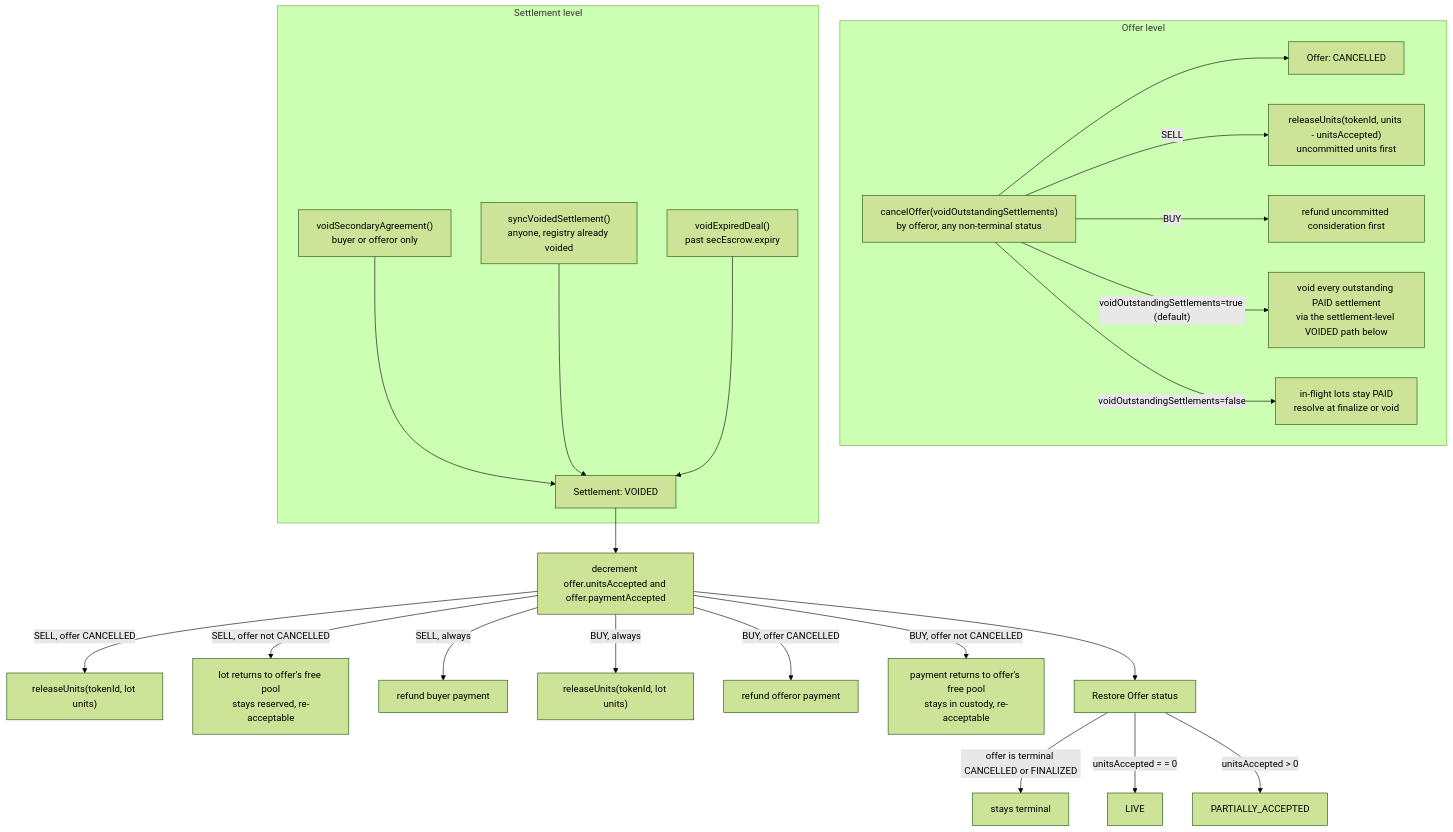
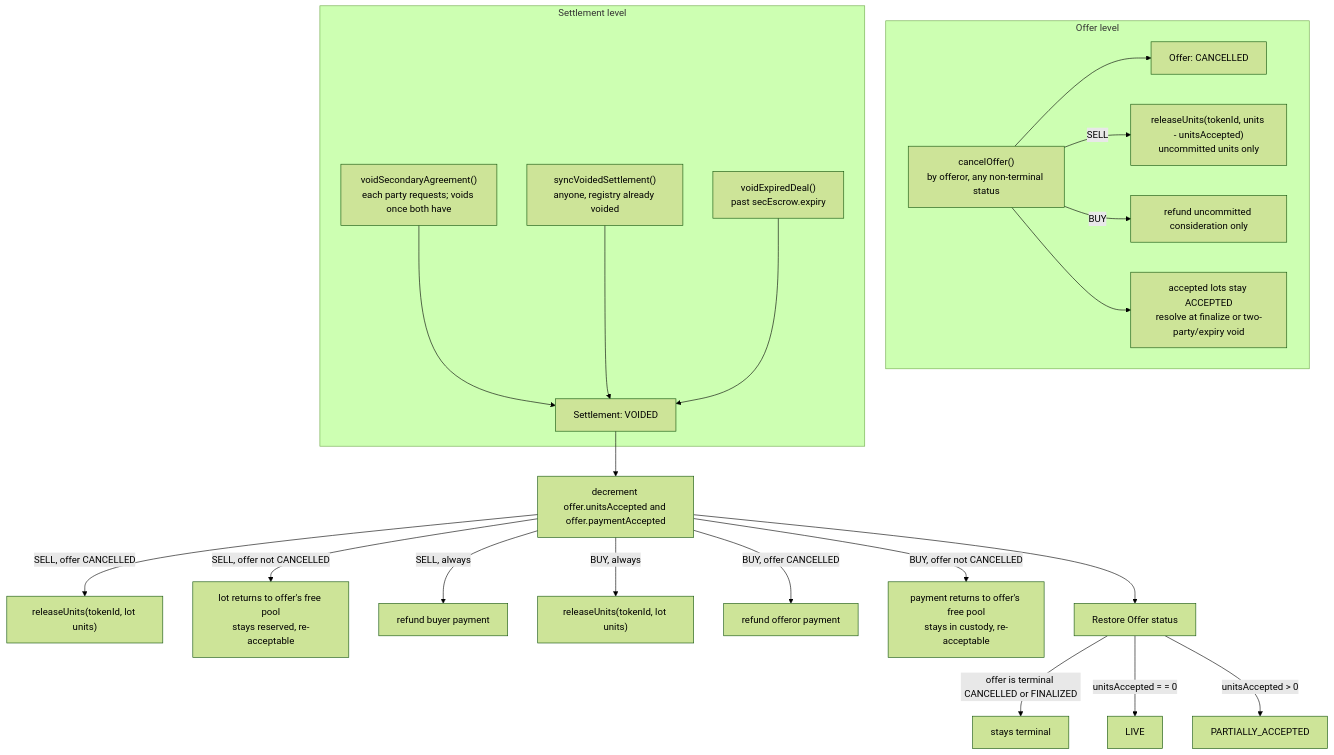
The sixth of 6 diagrams in specs/analysis/dealManager secondary trades.md (MetaLex-Tech/cybercorps-contracts), drawn with Mermaid (forest theme) before and after one commit. The commit also changed other lines of this file and 3 other files, not shown here.

Commit message:
fix: in-flight settlement should not be cancellable by cancelOffer(). Add tests against real CyberAgreementRegistry

````diff
--- a/specs/analysis/dealManager secondary trades.md
+++ b/specs/analysis/dealManager secondary trades.md
@@ -225,34 +224,33 @@
 ```mermaid
 flowchart TD
     subgraph OFFER_LEVEL["Offer level"]
-        CO["cancelOffer(voidOutstandingSettlements)<br/>by offeror, any non-terminal status"]
+        CO["cancelOffer()<br/>by offeror, any non-terminal status"]
         OC["Offer: CANCELLED"]
         CO --> OC
-        CO -->|SELL| RU1["releaseUnits(tokenId, units - unitsAccepted)<br/>uncommitted units first"]
-        CO -->|BUY| RF1["refund uncommitted consideration first"]
-        CO -->|" voidOutstandingSettlements=true (default) "| VOS["void every outstanding PAID settlement<br/>via the settlement-level VOIDED path below"]
-        CO -->|" voidOutstandingSettlements=false "| KEEP["in-flight lots stay PAID<br/>resolve at finalize or void"]
+        CO -->|SELL| RU1["releaseUnits(tokenId, units - unitsAccepted)<br/>uncommitted units only"]
+        CO -->|BUY| RF1["refund uncommitted consideration only"]
+        CO --> KEEP["accepted lots stay ACCEPTED<br/>resolve at finalize or two-party/expiry void"]
     end
 
     subgraph SETTLEMENT_LEVEL["Settlement level"]
-        VSA["voidSecondaryAgreement()<br/>buyer or offeror only"]
+        VSA["voidSecondaryAgreement()<br/>each party requests; voids once both have"]
         SVS["syncVoidedSettlement()<br/>anyone, registry already voided"]
         VED["voidExpiredDeal()<br/>past secEscrow.expiry"]
         SV["Settlement: VOIDED"]
         VSA --> SV
         SVS --> SV
         VED --> SV
     end
 
     SV --> ACC["decrement offer.unitsAccepted and offer.paymentAccepted"]
     ACC -->|SELL, offer CANCELLED| RU2["releaseUnits(tokenId, lot units)"]
     ACC -->|SELL, offer not CANCELLED| POOL["lot returns to offer's free pool<br/>stays reserved, re-acceptable"]
     ACC -->|SELL, always| RF2["refund buyer payment"]
     ACC -->|BUY, always| RU3["releaseUnits(tokenId, lot units)"]
     ACC -->|BUY, offer CANCELLED| RF3["refund offeror payment"]
     ACC -->|BUY, offer not CANCELLED| FPOOL["payment returns to offer's free pool<br/>stays in custody, re-acceptable"]
     ACC --> OS["Restore Offer status"]
     OS -->|offer is terminal CANCELLED or FINALIZED| OS1["stays terminal"]
     OS -->|unitsAccepted = = 0| OS2["LIVE"]
     OS -->|unitsAccepted > 0| OS3["PARTIALLY_ACCEPTED"]
 ```
````
